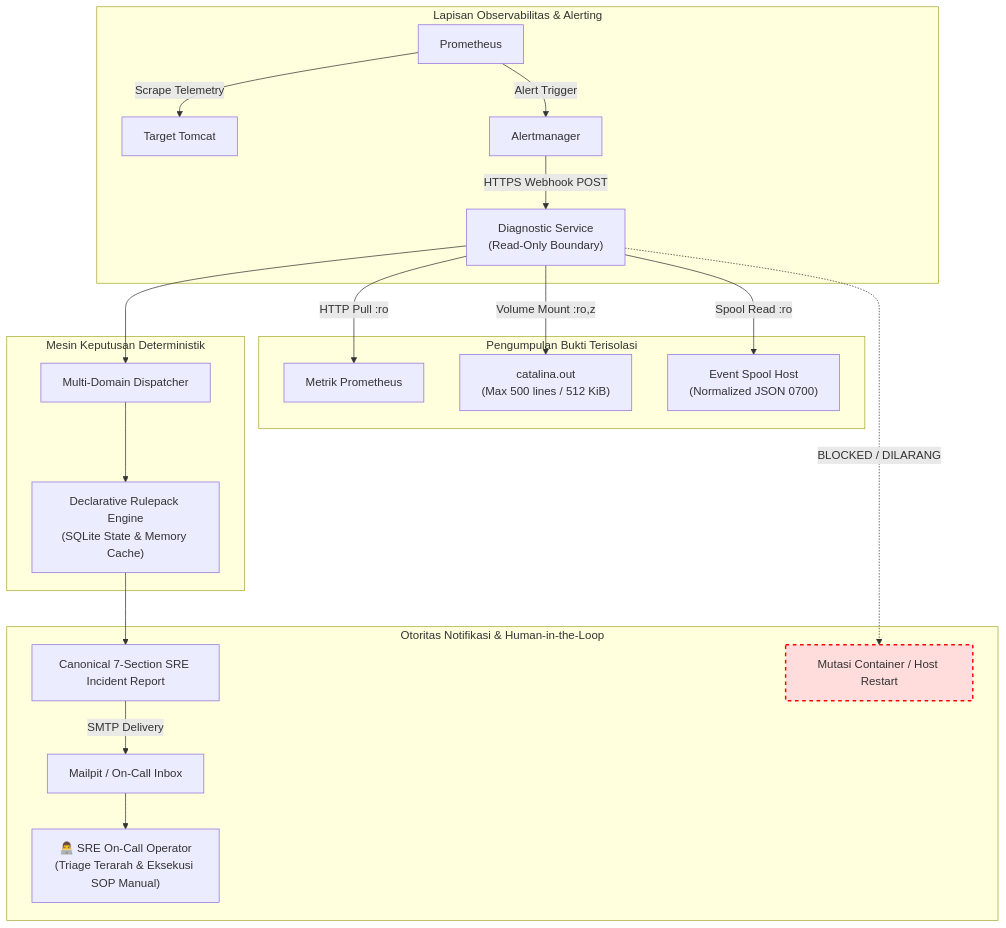
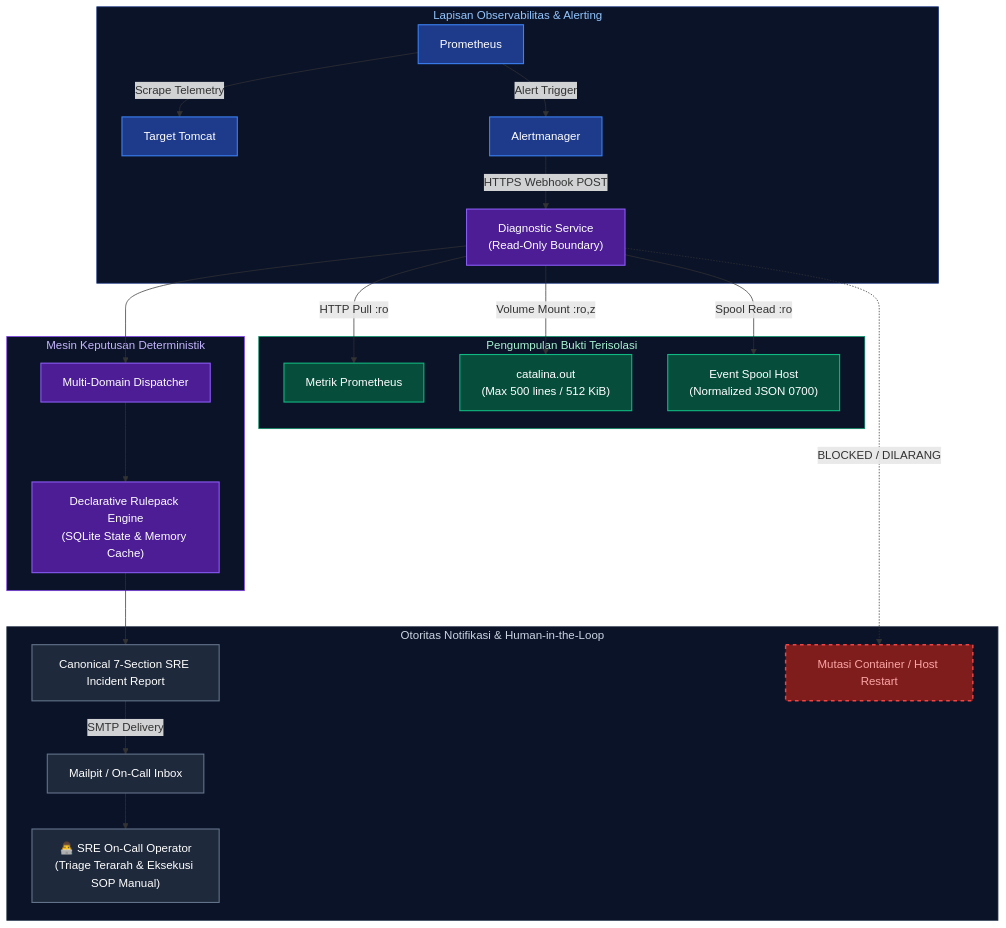
The second of 2 diagrams in content/articles/mengapa-auto-restart-di-production-berbahaya/index.md (edkas07-oss/personal-site), drawn with Mermaid before and after one commit. The commit also changed other lines of this file and 10 other files, not shown here.

First line of the commit message:
feat(projects): add Tomcat Monitoring & Autonomous Diagnostic platform showcase

````diff
--- a/content/articles/mengapa-auto-restart-di-production-berbahaya/index.md
+++ b/content/articles/mengapa-auto-restart-di-production-berbahaya/index.md
@@ -89,30 +93,39 @@
-```mermaid
+{{< mermaid >}}
 flowchart TD
+    classDef obs fill:#1e3a8a,stroke:#3b82f6,stroke-width:1.5px,color:#ffffff;
+    classDef evidence fill:#064e3b,stroke:#10b981,stroke-width:1.5px,color:#ffffff;
+    classDef eval fill:#4c1d95,stroke:#8b5cf6,stroke-width:1.5px,color:#ffffff;
+    classDef delivery fill:#1e293b,stroke:#64748b,stroke-width:1.5px,color:#ffffff;
+    classDef blocked fill:#7f1d1d,stroke:#ef4444,stroke-width:2px,stroke-dasharray: 5 5,color:#fca5a5;
+
     subgraph OBSERVABILITY["Lapisan Observabilitas & Alerting"]
-        PROM["Prometheus"] -->|Scrape Telemetry| TGT["Target Tomcat"]
-        PROM -->|Alert Trigger| AM["Alertmanager"]
-        AM -->|HTTPS Webhook POST| DS["Diagnostic Service<br/>(Read-Only Boundary)"]
+        PROM["Prometheus"]:::obs -->|Scrape Telemetry| TGT["Target Tomcat"]:::obs
+        PROM -->|Alert Trigger| AM["Alertmanager"]:::obs
+        AM -->|HTTPS Webhook POST| DS["Diagnostic Service<br/>(Read-Only Boundary)"]:::eval
     end
 
     subgraph EVIDENCE_COLLECTION["Pengumpulan Bukti Terisolasi"]
-        DS -->|HTTP Pull :ro| PROM_TEL["Metrik Prometheus"]
-        DS -->|Volume Mount :ro,z| LOGS["catalina.out<br/>(Max 500 lines / 512 KiB)"]
-        DS -->|Spool Read :ro| SPOOL["Event Spool Host<br/>(Normalized JSON 0700)"]
+        DS -->|HTTP Pull :ro| PROM_TEL["Metrik Prometheus"]:::evidence
+        DS -->|Volume Mount :ro,z| LOGS["catalina.out<br/>(Max 500 lines / 512 KiB)"]:::evidence
+        DS -->|Spool Read :ro| SPOOL["Event Spool Host<br/>(Normalized JSON 0700)"]:::evidence
     end
 
     subgraph EVALUATION["Mesin Keputusan Deterministik"]
-        DS --> DISPATCHER["Multi-Domain Dispatcher"]
-        DISPATCHER --> RULEPACK["Declarative Rulepack Engine<br/>(SQLite State & Memory Cache)"]
+        DS --> DISPATCHER["Multi-Domain Dispatcher"]:::eval
+        DISPATCHER --> RULEPACK["Declarative Rulepack Engine<br/>(SQLite State & Memory Cache)"]:::eval
     end
 
     subgraph DELIVERY["Otoritas Notifikasi & Human-in-the-Loop"]
-        RULEPACK --> REPORT["Canonical 7-Section SRE Incident Report"]
-        REPORT -->|SMTP Delivery| MAIL["Mailpit / On-Call Inbox"]
+        RULEPACK --> REPORT["Canonical 7-Section SRE Incident Report"]:::delivery
+        REPORT -->|SMTP Delivery| MAIL["Mailpit / On-Call Inbox"]:::delivery
         
-        DS -.->|BLOCKED / DILARANG| MUTATE["Mutasi Container / Host Restart"]
+        DS -.->|BLOCKED / DILARANG| MUTATE["Mutasi Container / Host Restart"]:::blocked
         
-        MAIL --> OPERATOR["👨‍💻 SRE On-Call Operator<br/>(Triage Terarah & Eksekusi SOP Manual)"]
+        MAIL --> OPERATOR["👨‍💻 SRE On-Call Operator<br/>(Triage Terarah & Eksekusi SOP Manual)"]:::delivery
     end
 
-    style MUTATE fill:#ffdddd,stroke:#ff0000,stroke-width:2px,stroke-dasharray: 5 5;
-```
+    style OBSERVABILITY fill:#0b1329,stroke:#1e3a8a,stroke-width:1px,color:#93c5fd
+    style EVIDENCE_COLLECTION fill:#0b1329,stroke:#059669,stroke-width:1px,color:#a7f3d0
+    style EVALUATION fill:#0b1329,stroke:#7c3aed,stroke-width:1px,color:#c4b5fd
+    style DELIVERY fill:#0b1329,stroke:#334155,stroke-width:1px,color:#cbd5e1
+{{< /mermaid >}}
````
